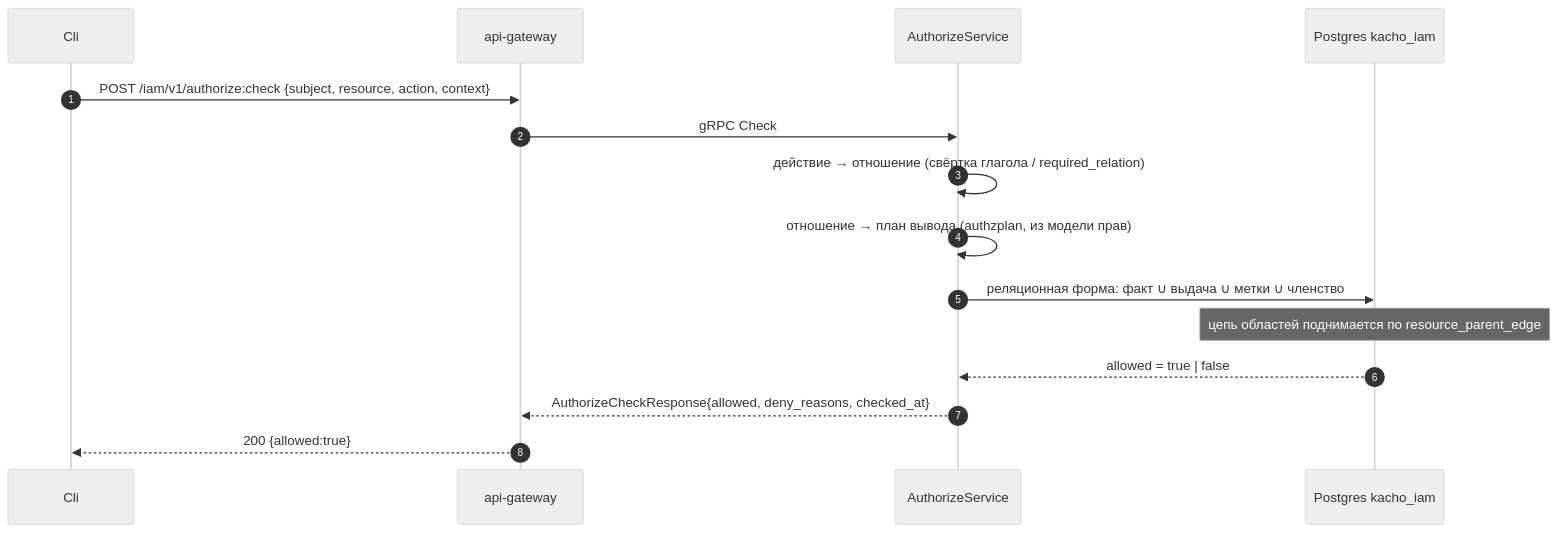
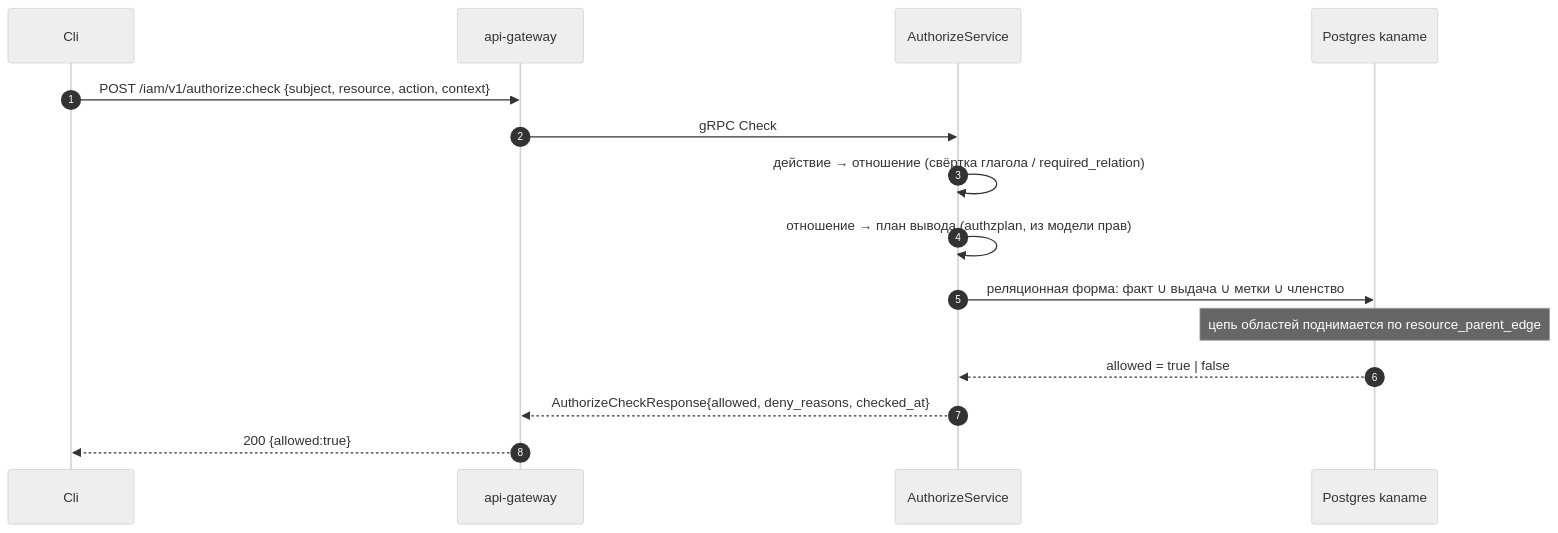
Before and after one commit to PRO-Robotech/kacho: the diagram in services/iam/docs/engineering/components/19-authorize.md, drawn with Mermaid (neutral theme). The commit also changed other lines of this file and 5005 other files, not shown here.

````diff
--- a/services/iam/docs/engineering/components/19-authorize.md
+++ b/services/iam/docs/engineering/components/19-authorize.md
@@ -141,18 +141,18 @@
 ```mermaid
 sequenceDiagram
     autonumber
     participant Cli
     participant GW as api-gateway
     participant IAM as AuthorizeService
-    participant DB as Postgres kacho_iam
+    participant DB as Postgres kaname
 
     Cli->>GW: POST /iam/v1/authorize:check {subject, resource, action, context}
     GW->>IAM: gRPC Check
     IAM->>IAM: действие → отношение (свёртка глагола / required_relation)
     IAM->>IAM: отношение → план вывода (authzplan, из модели прав)
     IAM->>DB: реляционная форма: факт ∪ выдача ∪ метки ∪ членство
     Note over DB: цепь областей поднимается по resource_parent_edge
     DB-->>IAM: allowed = true | false
     IAM-->>GW: AuthorizeCheckResponse{allowed, deny_reasons, checked_at}
     GW-->>Cli: 200 {allowed:true}
 ```
````
